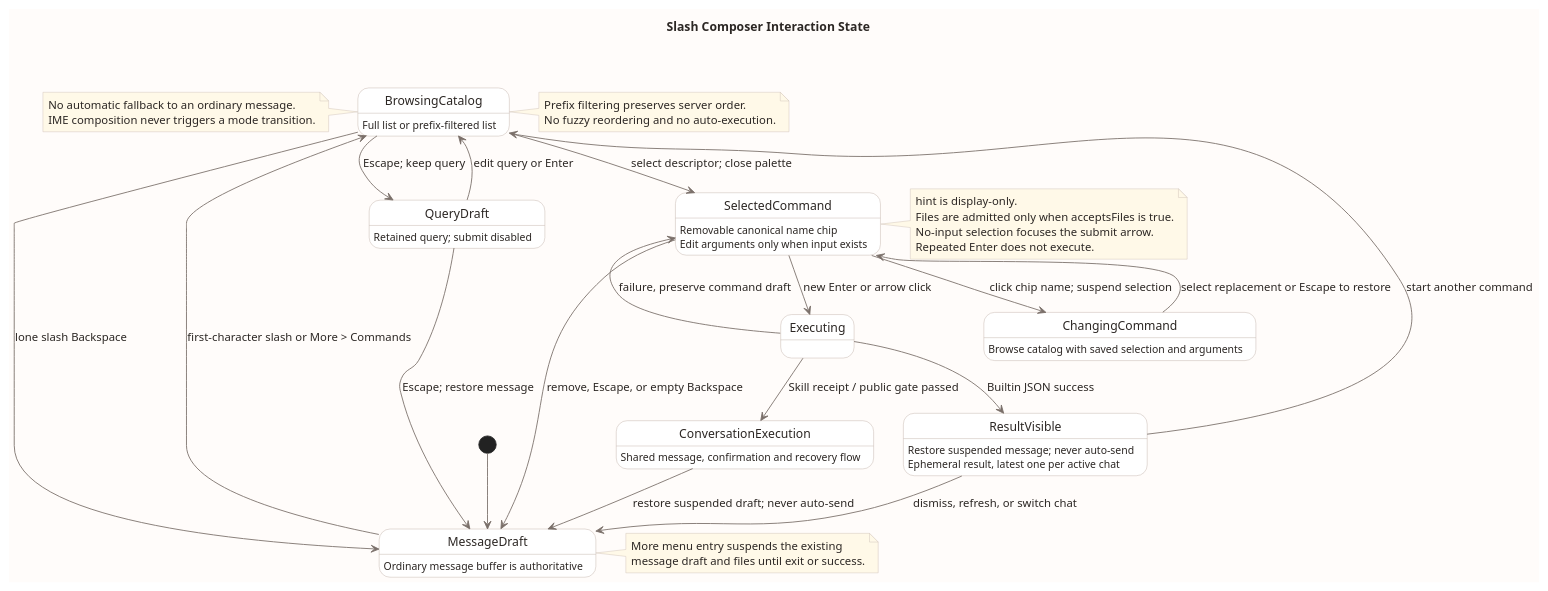
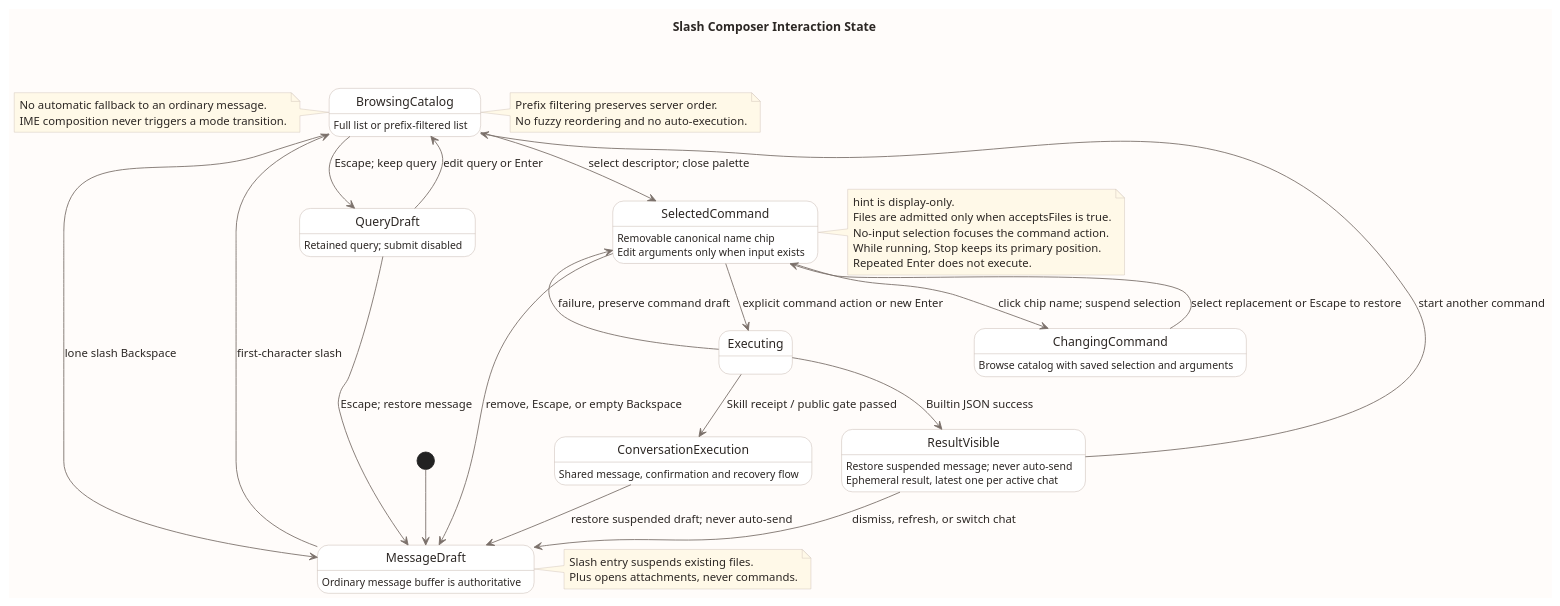
One commit to ssm0808/pi-mono-java-design changed the second of 3 diagrams in 04-命令与技能/00-Slash-Command通用模块/前端设计/diagram.puml. Above: the diagram before and after it, drawn with PlantUML. The commit also changed other lines of this file and 19 other files, not shown here.

```diff
--- a/04-命令与技能/00-Slash-Command通用模块/前端设计/diagram.puml
+++ b/04-命令与技能/00-Slash-Command通用模块/前端设计/diagram.puml
@@ -115,83 +124,84 @@
 @startuml slash_composer_state
 title Slash Composer Interaction State
 
 ' Source baseline: pi-mono-java@4cc8dd86f601417c22cf9306e52152acbb59bb60
 ' Source evidence: frontend/src/components/ComposerBox.vue, enter, leave, choose, submit and onKeydown
 ' Observed behavior: selection closes the palette; the editor retains the raw slash command and button labels change.
 ' Target-only design: removable chips, argument-only editing and consistent Escape restoration are proposed.
 ' Design reason: explicit selection and explicit execution prevent accidental state-changing commands.
 
 skinparam backgroundColor #FFFCFA
 skinparam shadowing false
 skinparam defaultFontName Arial
 skinparam defaultFontColor #2C2724
 skinparam ArrowColor #7A6F69
 skinparam stateBorderColor #BFAEA5
 skinparam stateBackgroundColor #FFFFFF
 skinparam noteBorderColor #CDBEB6
 skinparam noteBackgroundColor #FFF9E8
 skinparam nodesep 34
 skinparam ranksep 42
 top to bottom direction
 
 [*] --> MessageDraft
 MessageDraft : Ordinary message buffer is authoritative
-MessageDraft --> BrowsingCatalog : first-character slash or More > Commands
+MessageDraft --> BrowsingCatalog : first-character slash
 
 state BrowsingCatalog
 BrowsingCatalog : Full list or prefix-filtered list
 BrowsingCatalog --> SelectedCommand : select descriptor; close palette
 BrowsingCatalog --> QueryDraft : Escape; keep query
 BrowsingCatalog --> MessageDraft : lone slash Backspace
 
 state QueryDraft
 QueryDraft : Retained query; submit disabled
 QueryDraft --> BrowsingCatalog : edit query or Enter
 QueryDraft --> MessageDraft : Escape; restore message
 
 state SelectedCommand
 SelectedCommand : Removable canonical name chip
 SelectedCommand : Edit arguments only when input exists
-SelectedCommand --> Executing : new Enter or arrow click
+SelectedCommand --> Executing : explicit command action or new Enter
 SelectedCommand --> MessageDraft : remove, Escape, or empty Backspace
 SelectedCommand --> ChangingCommand : click chip name; suspend selection
 
 state ChangingCommand
 ChangingCommand : Browse catalog with saved selection and arguments
 ChangingCommand --> SelectedCommand : select replacement or Escape to restore
 
 state Executing
 Executing --> SelectedCommand : failure, preserve command draft
 Executing --> ResultVisible : Builtin JSON success
 ResultVisible : Restore suspended message; never auto-send
 Executing --> ConversationExecution : Skill receipt / public gate passed
 ConversationExecution : Shared message, confirmation and recovery flow
 ConversationExecution --> MessageDraft : restore suspended draft; never auto-send
 
 state ResultVisible
 ResultVisible : Ephemeral result, latest one per active chat
 ResultVisible --> BrowsingCatalog : start another command
 ResultVisible --> MessageDraft : dismiss, refresh, or switch chat
 
 note right of BrowsingCatalog
   Prefix filtering preserves server order.
   No fuzzy reordering and no auto-execution.
 end note
 
 note right of SelectedCommand
   hint is display-only.
   Files are admitted only when acceptsFiles is true.
-  No-input selection focuses the submit arrow.
+  No-input selection focuses the command action.
+  While running, Stop keeps its primary position.
   Repeated Enter does not execute.
 end note
 
 note left of BrowsingCatalog
   No automatic fallback to an ordinary message.
   IME composition never triggers a mode transition.
 end note
 
 note right of MessageDraft
-  More menu entry suspends the existing
-  message draft and files until exit or success.
+  Slash entry suspends existing files.
+  Plus opens attachments, never commands.
 end note
 @enduml
```
